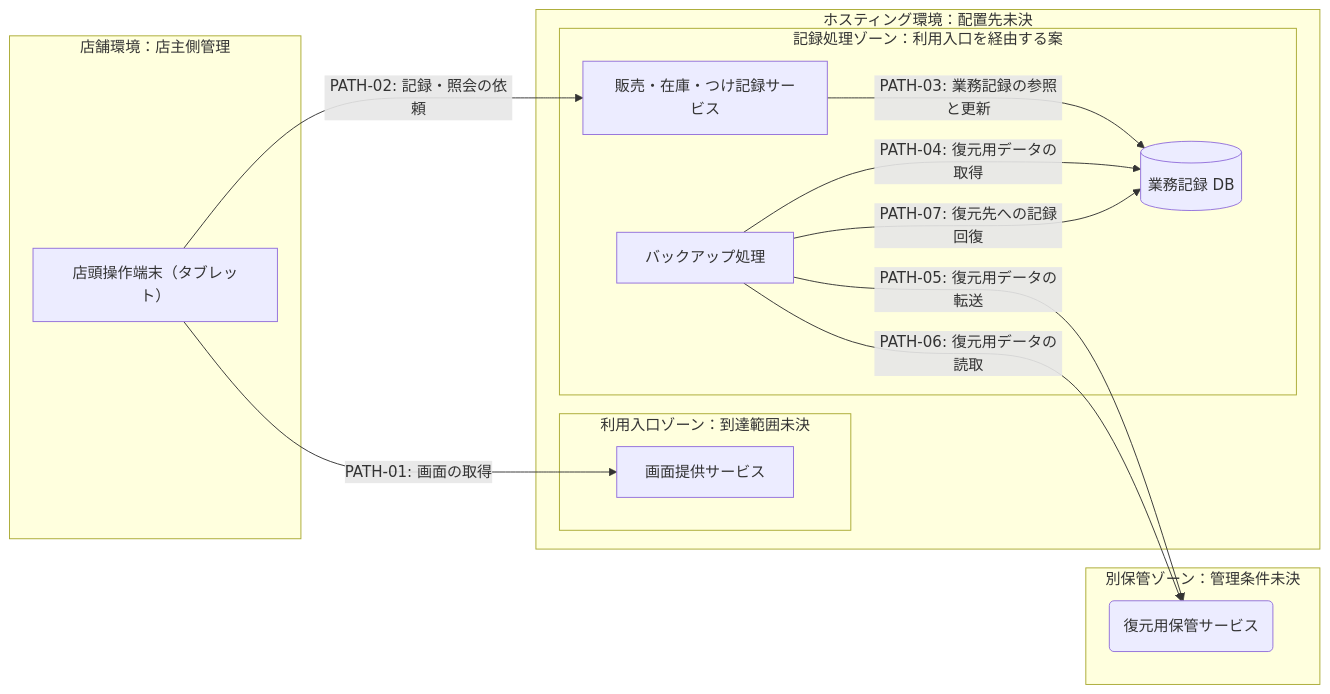
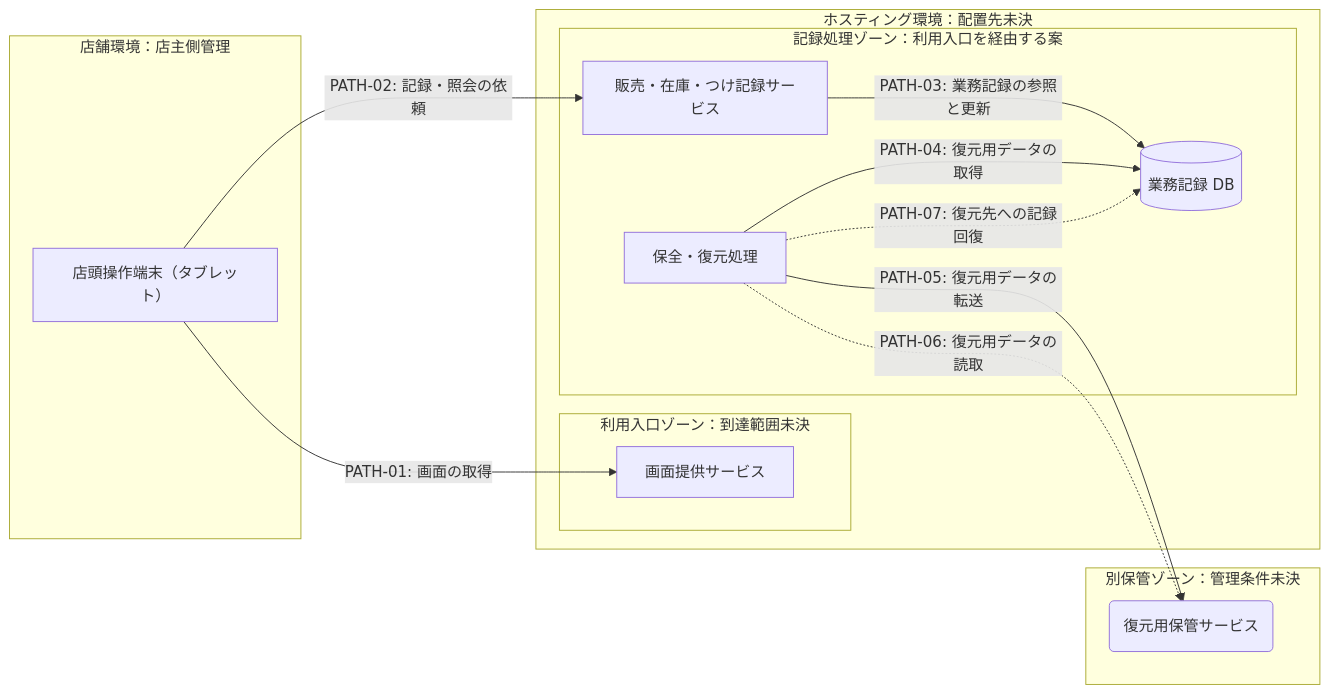
One commit to specdojo/specdojo changed the diagram in docs/ja/specdojo/samples/ifd-sample.md. Above: the diagram before and after it, drawn with Mermaid. The commit also changed other lines of this file and 5 other files, not shown here.

````diff
--- a/docs/ja/specdojo/samples/ifd-sample.md
+++ b/docs/ja/specdojo/samples/ifd-sample.md
@@ -25,27 +27,27 @@
 ```mermaid
 flowchart LR
   subgraph shop["店舗環境：店主側管理"]
     tablet["店頭操作端末（タブレット）"]
   end
   subgraph hosting["ホスティング環境：配置先未決"]
     subgraph entry["利用入口ゾーン：到達範囲未決"]
       web["画面提供サービス"]
     end
     subgraph internal["記録処理ゾーン：利用入口を経由する案"]
       api["販売・在庫・つけ記録サービス"]
       db[("業務記録 DB")]
-      backup["バックアップ処理"]
+      backup["保全・復元処理"]
     end
   end
   subgraph archive["別保管ゾーン：管理条件未決"]
     storage("復元用保管サービス")
   end
 
   tablet -->|"PATH-01: 画面の取得"| web
   tablet -->|"PATH-02: 記録・照会の依頼"| api
   api -->|"PATH-03: 業務記録の参照と更新"| db
   backup -->|"PATH-04: 復元用データの取得"| db
   backup -->|"PATH-05: 復元用データの転送"| storage
-  backup -->|"PATH-06: 復元用データの読取"| storage
-  backup -->|"PATH-07: 復元先への記録回復"| db
+  backup -.->|"PATH-06: 復元用データの読取"| storage
+  backup -.->|"PATH-07: 復元先への記録回復"| db
 ```
````
